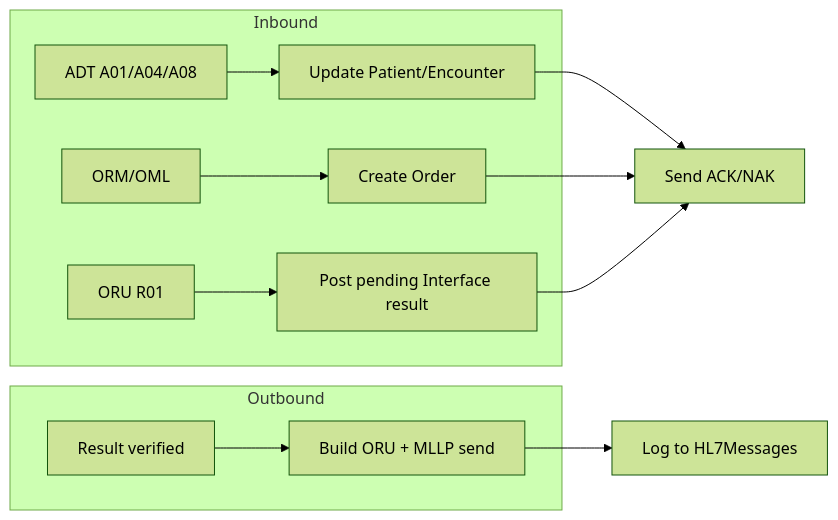
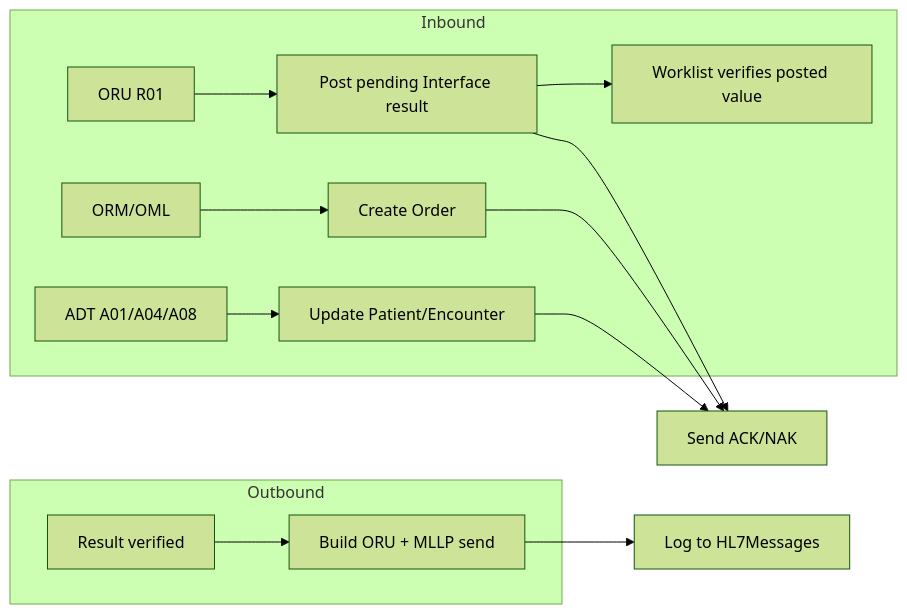
Before and after one commit to drpitts13/greyhound-blood-bank-system: diagram 11 of 11 in docs/workflows.md, drawn with Mermaid (forest theme). The commit also changed other lines of this file and 35 other files, not shown here.

Commit message:
Add bench worklist context, HL7 error-queue replay, and interface verify without re-key.

````diff
--- a/docs/workflows.md
+++ b/docs/workflows.md
@@ -256,15 +259,16 @@
 ```mermaid
 flowchart LR
     subgraph inbound [Inbound]
       adt[ADT A01/A04/A08] --> pat[Update Patient/Encounter]
       orm[ORM/OML] --> ord[Create Order]
       oruIn[ORU R01] --> res[Post pending Interface result]
+      res --> verify[Worklist verifies posted value]
     end
     subgraph outbound [Outbound]
       ver[Result verified] --> oru[Build ORU + MLLP send]
     end
     pat --> ack[Send ACK/NAK]
     ord --> ack
     res --> ack
     oru --> log[Log to HL7Messages]
 ```
````
